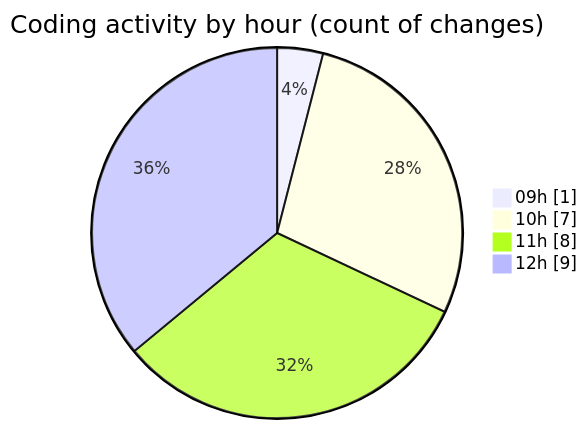
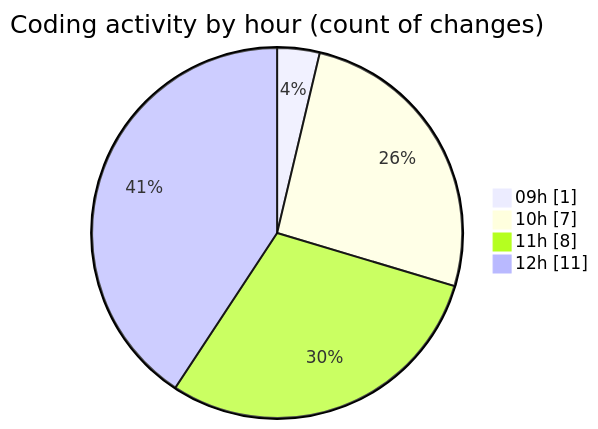
Before and after one commit to Elitesun/code-tracking: the second of 2 diagrams in 2025-02-12/elitegpt/README.md, drawn with Mermaid. The commit also changed other lines of this file and 1 other file, not shown here.

````diff
--- a/2025-02-12/elitegpt/README.md
+++ b/2025-02-12/elitegpt/README.md
@@ -39,8 +39,8 @@
 ```mermaid
 pie showData
 title Coding activity by hour (count of changes)
 "09h" : 1
 "10h" : 7
 "11h" : 8
-"12h" : 9
+"12h" : 11
 ```
````
